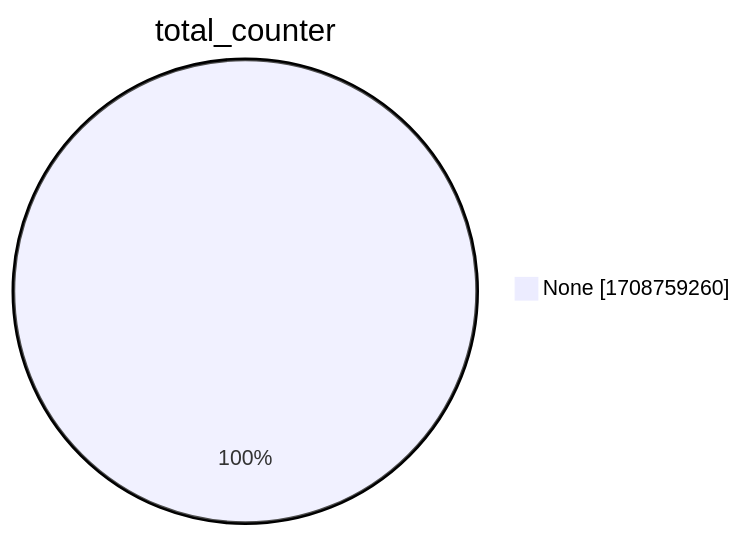
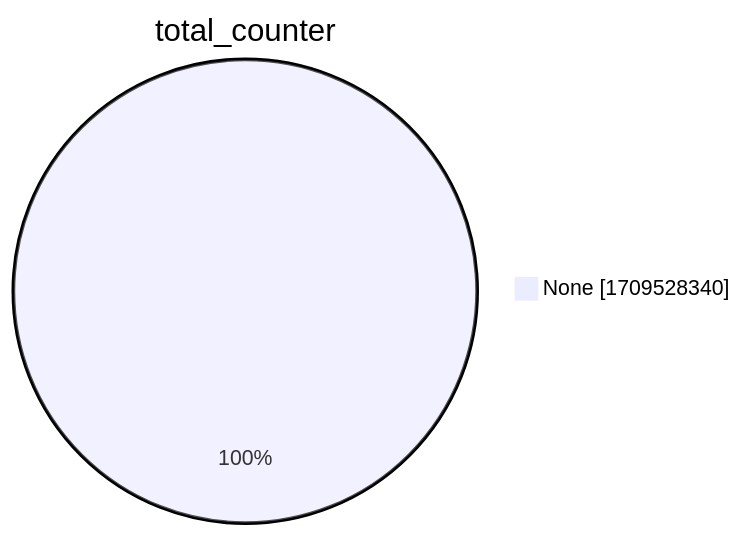
The second of 15 diagrams in xenon2022/README.md (christiankrug/ctmonitor_visualization), drawn with Mermaid before and after one commit. The commit also changed other lines of this file, not shown here.

````diff
--- a/xenon2022/README.md
+++ b/xenon2022/README.md
@@ -9,5 +9,5 @@
 ```mermaid
 pie showData
 title total_counter
-"None" :1708759260
+"None" :1709528340
 ```
````
